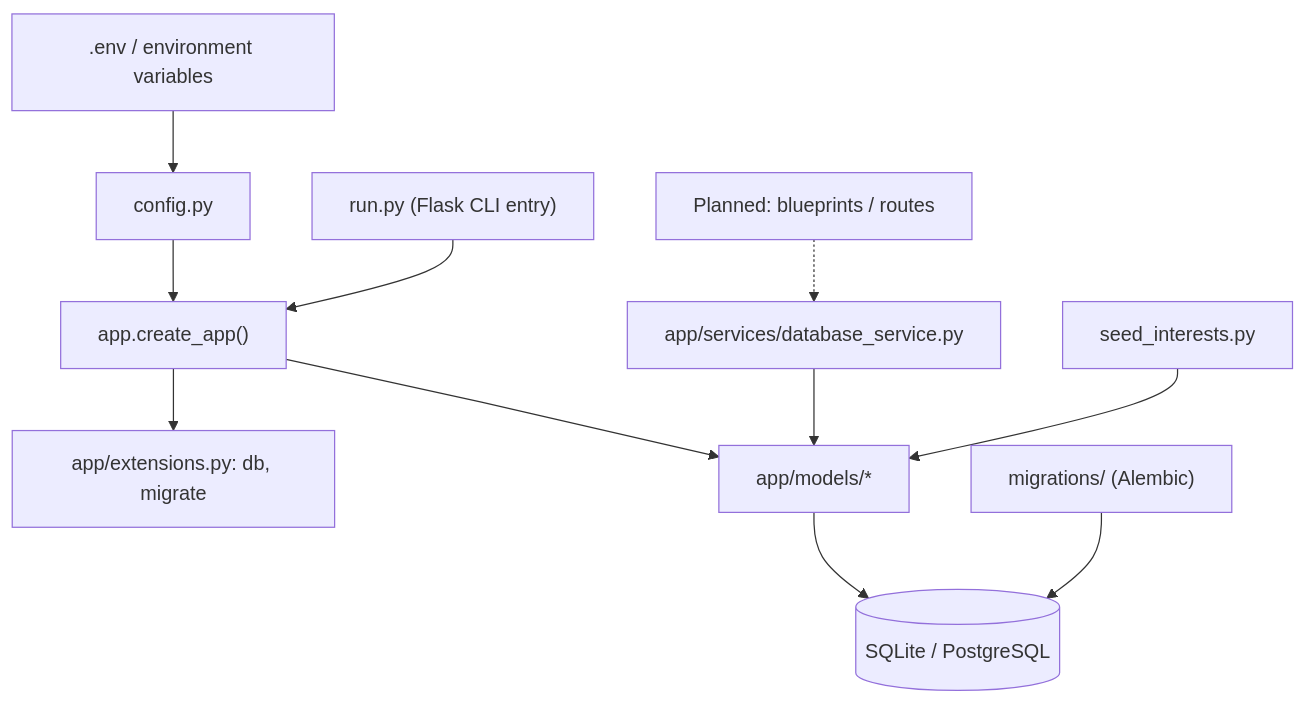
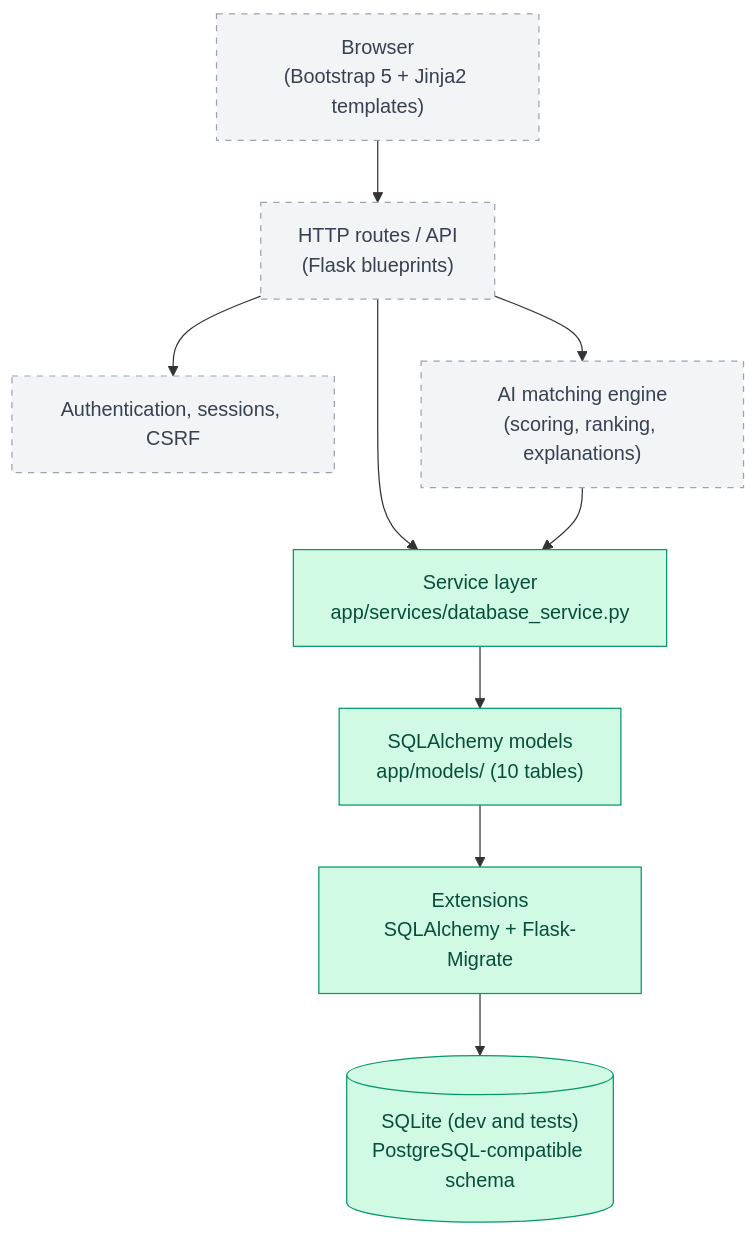
One commit to elnoon2/wnesny changed the diagram in docs/architecture.md. Above: the diagram before and after it, drawn with Mermaid. The commit also changed other lines of this file and 3 other files, not shown here.

Commit message:
docs: split diagrams and roadmap out of README

````diff
--- a/docs/architecture.md
+++ b/docs/architecture.md
@@ -24,13 +7,23 @@
 ```mermaid
 flowchart TD
-    Env[".env / environment variables"] --> Config["config.py"]
-    Config --> Factory["app.create_app()"]
-    Factory --> Ext["app/extensions.py: db, migrate"]
-    Factory --> Models["app/models/*"]
-    Services["app/services/database_service.py"] --> Models
-    Seed["seed_interests.py"] --> Models
-    Run["run.py (Flask CLI entry)"] --> Factory
-    Models --> DB[("SQLite / PostgreSQL")]
-    Alembic["migrations/ (Alembic)"] --> DB
-    Routes["Planned: blueprints / routes"] -.-> Services
+    Browser["Browser<br/>(Bootstrap 5 + Jinja2 templates)"]:::planned
+    Routes["HTTP routes / API<br/>(Flask blueprints)"]:::planned
+    Auth["Authentication, sessions, CSRF"]:::planned
+    AI["AI matching engine<br/>(scoring, ranking, explanations)"]:::planned
+    Services["Service layer<br/>app/services/database_service.py"]:::done
+    Models["SQLAlchemy models<br/>app/models/ (10 tables)"]:::done
+    Ext["Extensions<br/>SQLAlchemy + Flask-Migrate"]:::done
+    DB[("SQLite (dev and tests)<br/>PostgreSQL-compatible schema")]:::done
+
+    Browser --> Routes
+    Routes --> Auth
+    Routes --> Services
+    Routes --> AI
+    AI --> Services
+    Services --> Models
+    Models --> Ext
+    Ext --> DB
+
+    classDef done fill:#d1fae5,stroke:#059669,color:#064e3b;
+    classDef planned fill:#f3f4f6,stroke:#9ca3af,color:#374151,stroke-dasharray: 5 5;
 ```
````
